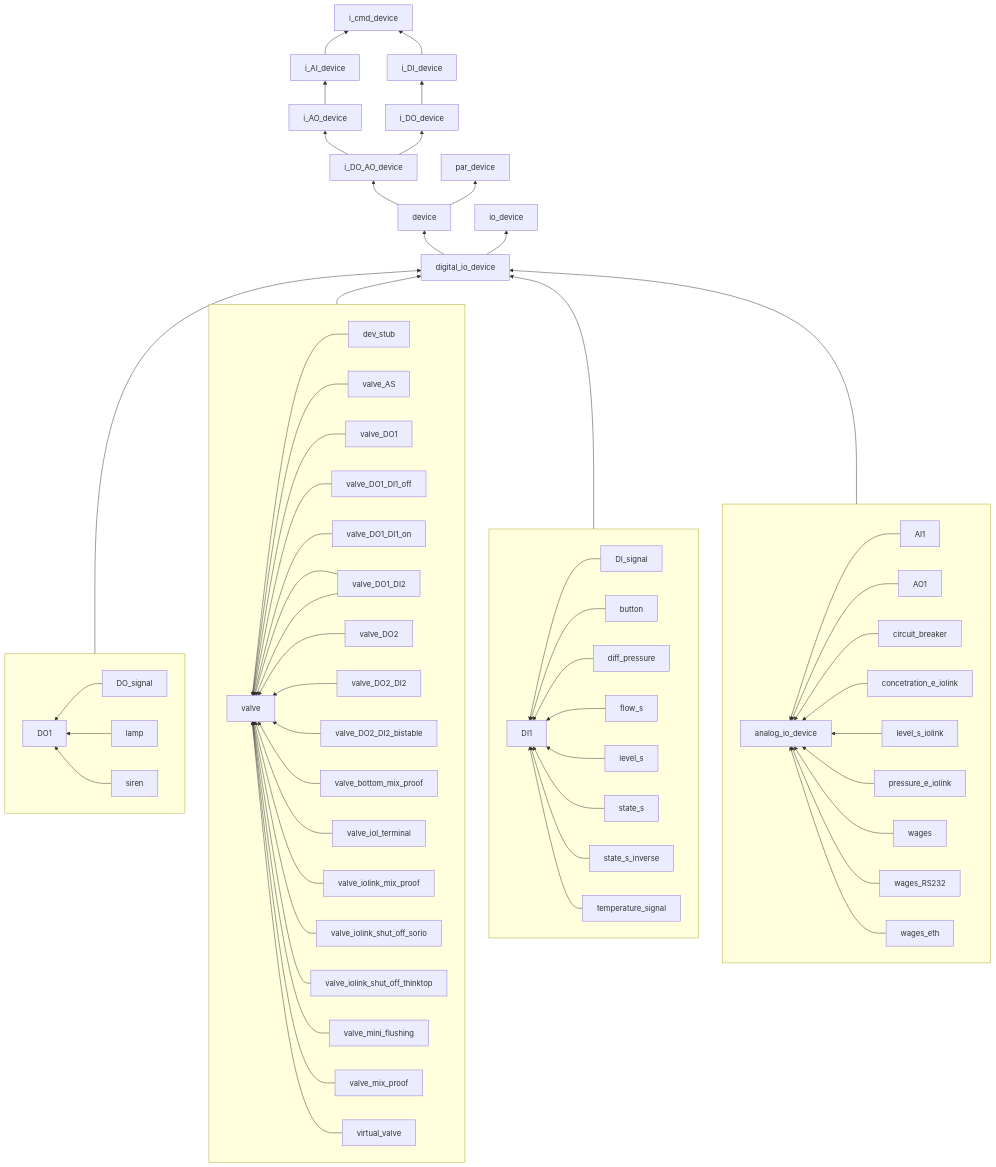
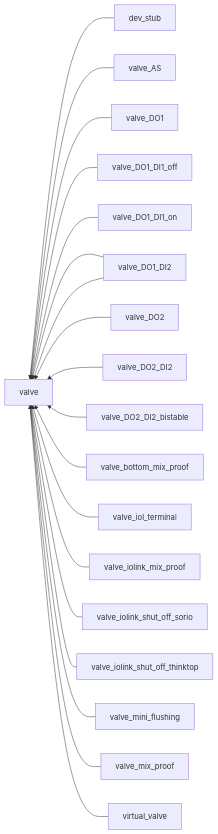
Before and after one commit to savushkin-r-d/ptusa_main: the seventh of 9 diagrams in readme.md, drawn with Mermaid. The commit also changed other lines of this file, not shown here.

Commit message:
Scheme separation

````diff
--- a/readme.md
+++ b/readme.md
@@ -104,76 +125,22 @@
 ```mermaid
-flowchart BT
-digital_io_device[digital_io_device]
-digital_io_device-->device[device]
-digital_io_device-->io_device[io_device]
-device-->i_DO_AO_device[i_DO_AO_device]
-device-->par_device[par_device]
-i_DO_AO_device-->i_AO_device[i_AO_device]
-i_DO_AO_device-->i_DO_device[i_DO_device]
-i_AO_device-->i_AI_device[i_AI_device]
-i_DO_device-->i_DI_device[i_DI_device]
-i_AI_device-->i_cmd_device[i_cmd_device]
-i_DI_device[i_DI_device]-->i_cmd_device[i_cmd_device]
-
-    subgraph sub_DO1[" "]
-    direction RL
-    DO1[DO1]
-    DO_signal[DO_signal]-->DO1
-    lamp[lamp]-->DO1
-    siren[siren]-->DO1
-    end
-
-    subgraph sub_valve[" "]
-    direction RL
-    valve[valve]
+flowchart RL
+valve[valve]
     dev_stub[dev_stub]-->valve
     valve_AS[valve_AS]-->valve
     valve_DO1[valve_DO1]-->valve
     valve_DO1_DI1_off[valve_DO1_DI1_off]-->valve
     valve_DO1_DI1_on[valve_DO1_DI1_on]-->valve
     valve_DO1_DI2[valve_DO1_DI2]-->valve
     valve_DO1_DI2[valve_DO1_DI2]-->valve
     valve_DO2[valve_DO2]-->valve
     valve_DO2_DI2[valve_DO2_DI2]-->valve
     valve_DO2_DI2_bistable[valve_DO2_DI2_bistable]-->valve
     valve_bottom_mix_proof[valve_bottom_mix_proof]-->valve
     valve_iol_terminal[valve_iol_terminal]-->valve
     valve_iolink_mix_proof[valve_iolink_mix_proof]-->valve
     valve_iolink_shut_off_sorio[valve_iolink_shut_off_sorio]-->valve
     valve_iolink_shut_off_thinktop[valve_iolink_shut_off_thinktop]-->valve
     valve_mini_flushing[valve_mini_flushing]-->valve
     valve_mix_proof[valve_mix_proof]-->valve
     virtual_valve[virtual_valve]-->valve
-    end
-
-    subgraph sub_DI1[" "]
-    direction RL
-    DI_signal-->DI1
-    button-->DI1
-    diff_pressure-->DI1
-    flow_s-->DI1
-    level_s-->DI1
-    state_s-->DI1
-    state_s_inverse-->DI1
-    temperature_signal-->DI1
-    end
-
- subgraph sub_analog_io_device[" "]
-    direction RL
-    analog_io_device[analog_io_device]
-    AI1[AI1]-->analog_io_device
-    AO1[AO1]-->analog_io_device
-    circuit_breaker[circuit_breaker]-->analog_io_device
-    concetration_e_iolink[concetration_e_iolink]-->analog_io_device
-    level_s_iolink[level_s_iolink]-->analog_io_device
-    pressure_e_iolink[pressure_e_iolink]-->analog_io_device
-    wages[wages]-->analog_io_device
-    wages_RS232[wages_RS232]-->analog_io_device
-    wages_eth[wages_eth]-->analog_io_device
-    end
-
-sub_DO1-->digital_io_device
-sub_valve-->digital_io_device
-sub_DI1-->digital_io_device
-sub_analog_io_device-->digital_io_device
 ```
````
